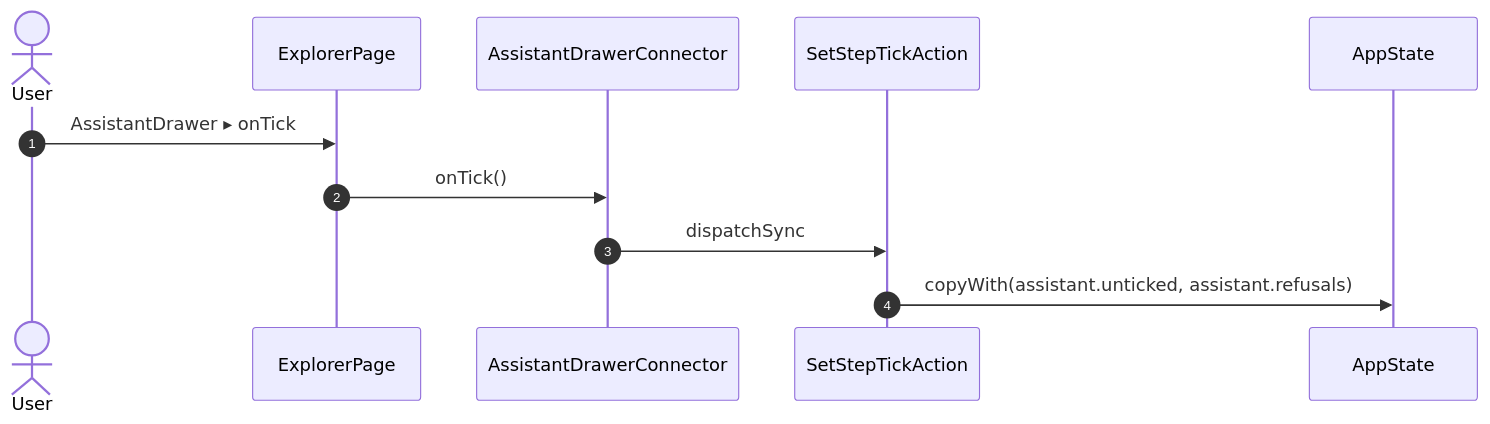
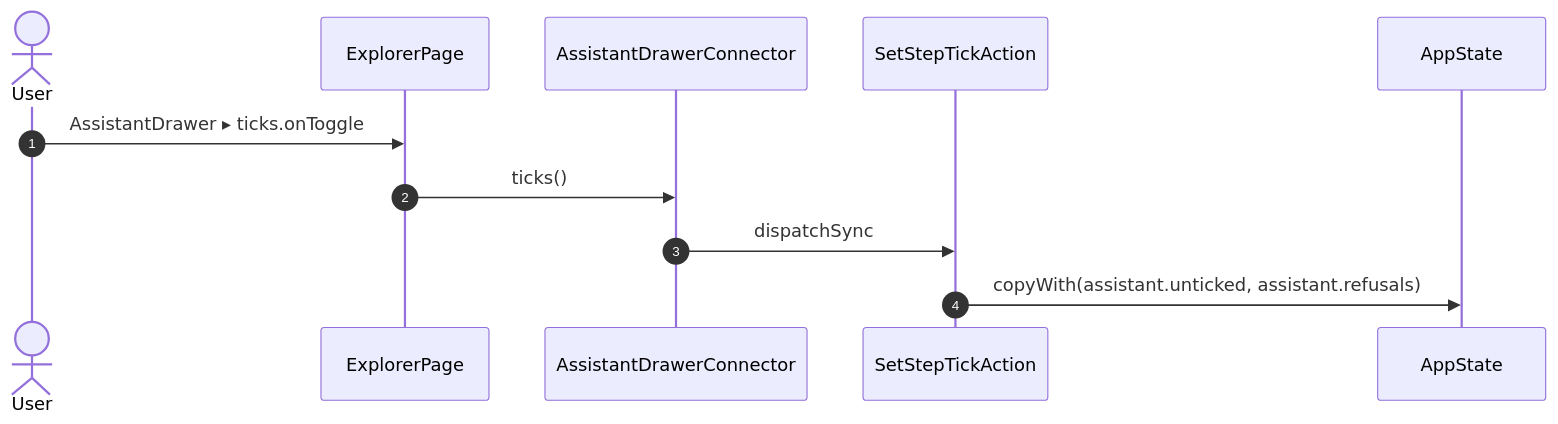
One commit to gencto/wyrm changed diagram 33 of 55 in studio/docs/flows/explorer.md. Above: the diagram before and after it, drawn with Mermaid. The commit also changed other lines of this file and 94 other files, not shown here.

````diff
--- a/studio/docs/flows/explorer.md
+++ b/studio/docs/flows/explorer.md
@@ -625,14 +624,14 @@
 ```mermaid
 sequenceDiagram
     autonumber
     actor User
     participant UI as ExplorerPage
     participant R1 as AssistantDrawerConnector
     participant A1 as SetStepTickAction
     participant ST as AppState
 
-    User->>UI: AssistantDrawer ▸ onTick
-    UI->>R1: onTick()
+    User->>UI: AssistantDrawer ▸ ticks.onToggle
+    UI->>R1: ticks()
     R1->>A1: dispatchSync
     A1->>ST: copyWith(assistant.unticked, assistant.refusals)
 ```
````
